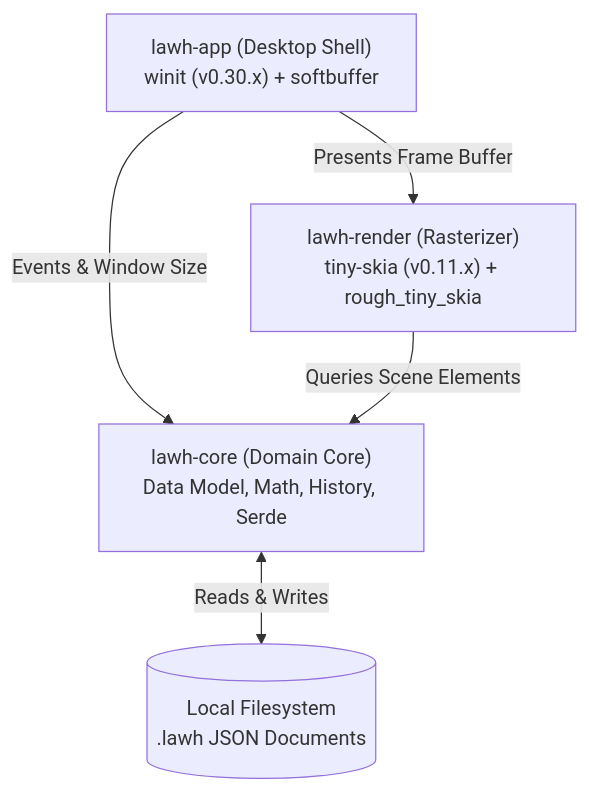
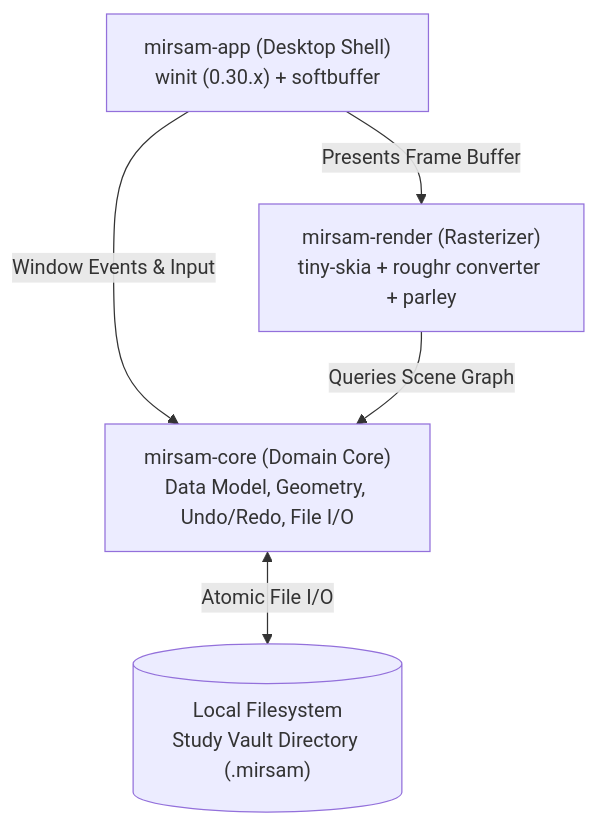
The diagram in docs/architecture/overview.md (ofuqq/lawh), drawn with Mermaid before and after one commit. The commit also changed other lines of this file and 58 other files, not shown here.

First line of the commit message:
chore: bootstrap mirsam project foundations, governance, and architecture

````diff
--- a/docs/architecture/overview.md
+++ b/docs/architecture/overview.md
@@ -15,12 +15,12 @@
 ```mermaid
 graph TD
-    App["lawh-app (Desktop Shell)<br/>winit (v0.30.x) + softbuffer"]
-    Render["lawh-render (Rasterizer)<br/>tiny-skia (v0.11.x) + rough_tiny_skia"]
-    Core["lawh-core (Domain Core)<br/>Data Model, Math, History, Serde"]
-    Disk[("Local Filesystem<br/>.lawh JSON Documents")]
+    App["mirsam-app (Desktop Shell)<br/>winit (0.30.x) + softbuffer"]
+    Render["mirsam-render (Rasterizer)<br/>tiny-skia + roughr converter + parley"]
+    Core["mirsam-core (Domain Core)<br/>Data Model, Geometry, Undo/Redo, File I/O"]
+    Disk[("Local Filesystem<br/>Study Vault Directory (.mirsam)")]
 
-    App -->|Events & Window Size| Core
+    App -->|Window Events & Input| Core
     App -->|Presents Frame Buffer| Render
-    Render -->|Queries Scene Elements| Core
-    Core <-->|Reads & Writes| Disk
+    Render -->|Queries Scene Graph| Core
+    Core <-->|Atomic File I/O| Disk
 ```
````
